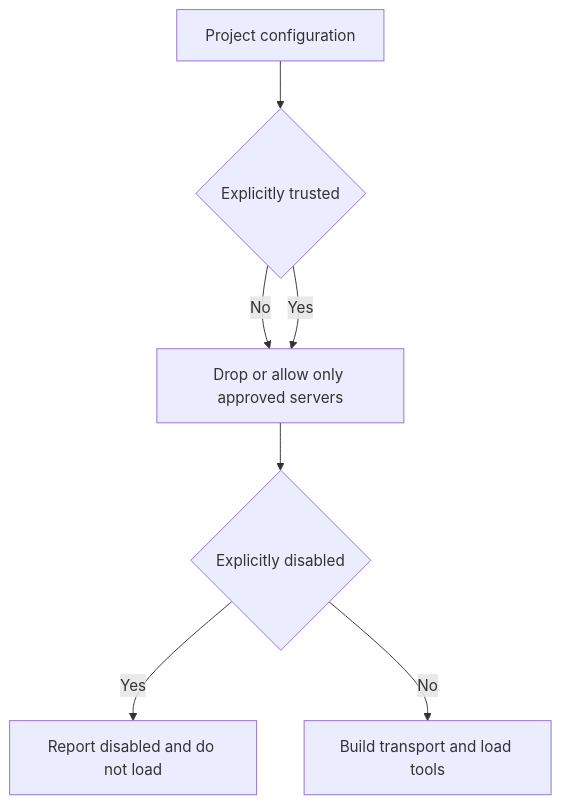
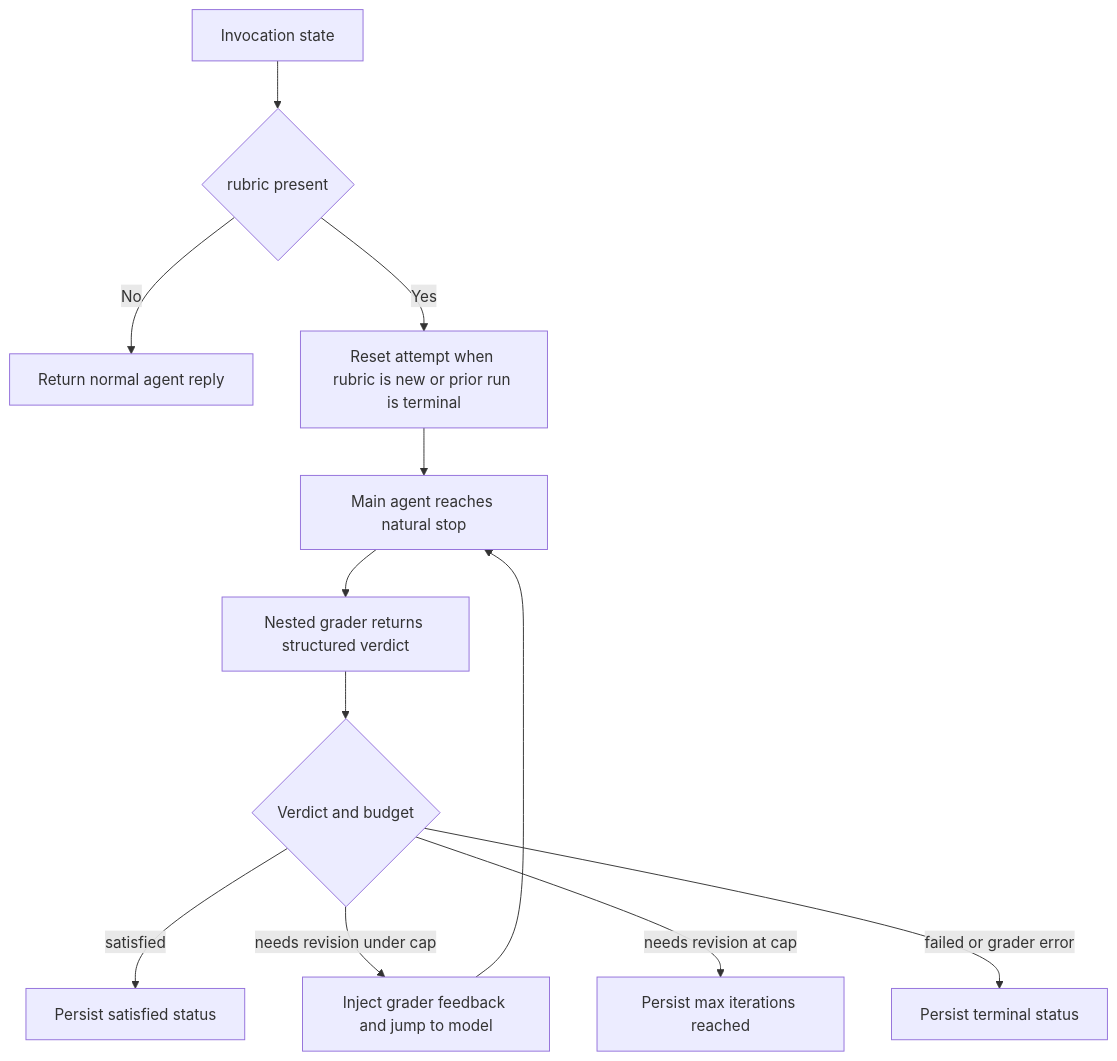
Before and after one commit to langchain-ai/deepagents: the second of 2 diagrams in openwiki/testing/testing-guide.md, drawn with Mermaid. The commit also changed other lines of this file and 23 other files, not shown here.

````diff
--- a/openwiki/testing/testing-guide.md
+++ b/openwiki/testing/testing-guide.md
@@ -244,9 +81,14 @@
 ```mermaid
 flowchart TD
-    Config["Project configuration"] --> Trust{"Explicitly trusted"}
-    Trust -->|No| Filter["Drop or allow only approved servers"]
-    Trust -->|Yes| Filter
-    Filter --> Disabled{"Explicitly disabled"}
-    Disabled -->|Yes| Report["Report disabled and do not load"]
-    Disabled -->|No| Loader["Build transport and load tools"]
+    Invoke["Invocation state"] --> HasRubric{"rubric present"}
+    HasRubric -->|No| Reply["Return normal agent reply"]
+    HasRubric -->|Yes| Reset["Reset attempt when rubric is new or prior run is terminal"]
+    Reset --> Agent["Main agent reaches natural stop"]
+    Agent --> Grade["Nested grader returns structured verdict"]
+    Grade --> Verdict{"Verdict and budget"}
+    Verdict -->|satisfied| Done["Persist satisfied status"]
+    Verdict -->|needs revision under cap| Feedback["Inject grader feedback and jump to model"]
+    Feedback --> Agent
+    Verdict -->|needs revision at cap| Capped["Persist max iterations reached"]
+    Verdict -->|failed or grader error| Terminal["Persist terminal status"]
 ```
````
